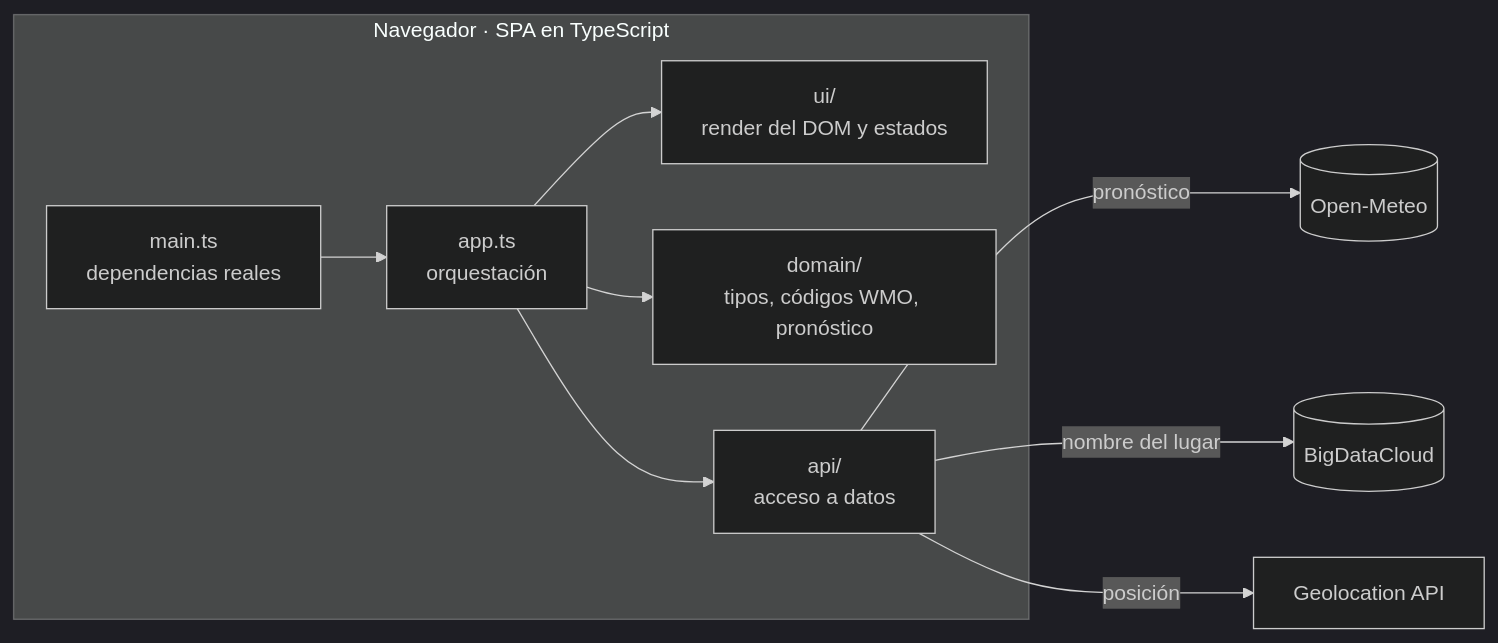
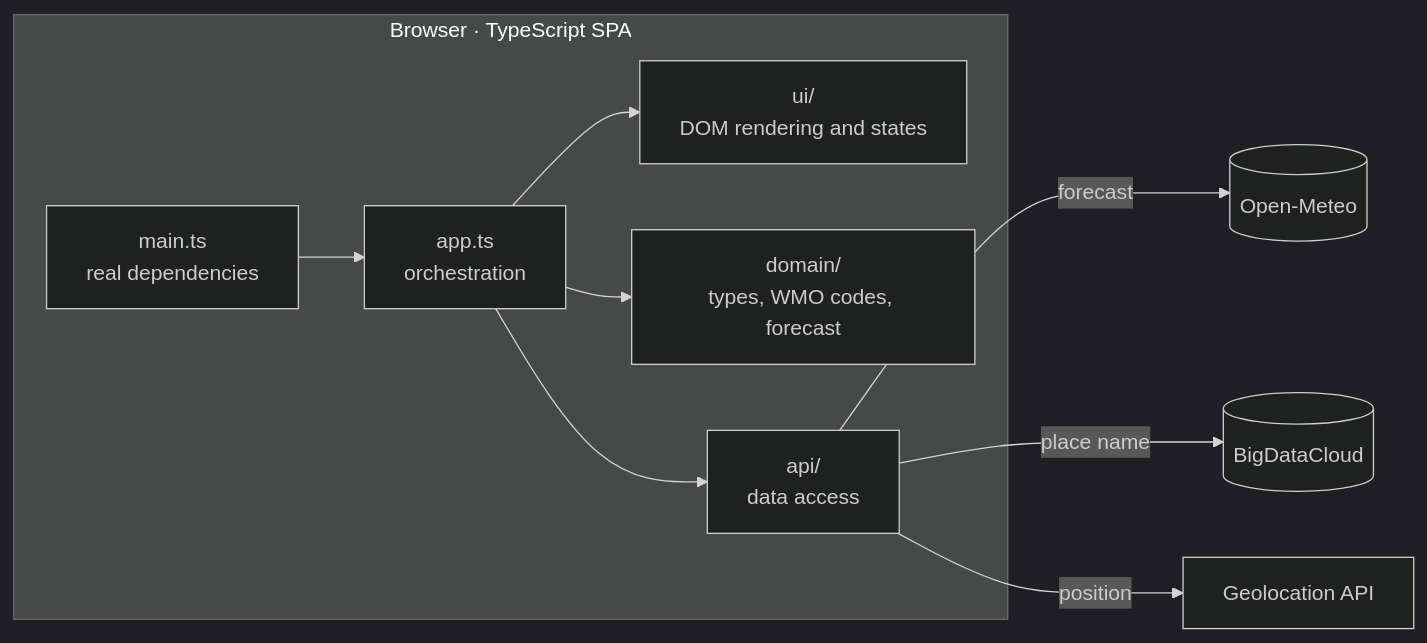
One commit to n3brrr/WeatherApp changed the diagram in README.md. Above: the diagram before and after it, drawn with Mermaid (dark theme). The commit also changed other lines of this file, not shown here.

````diff
--- a/README.md
+++ b/README.md
@@ -58,12 +59,12 @@
 ```mermaid
 flowchart LR
-  subgraph Navegador["Navegador · SPA en TypeScript"]
-    M["main.ts<br/>dependencias reales"] --> A["app.ts<br/>orquestación"]
-    A --> U["ui/<br/>render del DOM y estados"]
-    A --> D["domain/<br/>tipos, códigos WMO, pronóstico"]
-    A --> P["api/<br/>acceso a datos"]
+  subgraph Browser["Browser · TypeScript SPA"]
+    M["main.ts<br/>real dependencies"] --> A["app.ts<br/>orchestration"]
+    A --> U["ui/<br/>DOM rendering and states"]
+    A --> D["domain/<br/>types, WMO codes, forecast"]
+    A --> P["api/<br/>data access"]
   end
-  P -->|pronóstico| OM[(Open-Meteo)]
-  P -->|nombre del lugar| BDC[(BigDataCloud)]
-  P -->|posición| GEO[Geolocation API]
+  P -->|forecast| OM[(Open-Meteo)]
+  P -->|place name| BDC[(BigDataCloud)]
+  P -->|position| GEO[Geolocation API]
 ```
````
